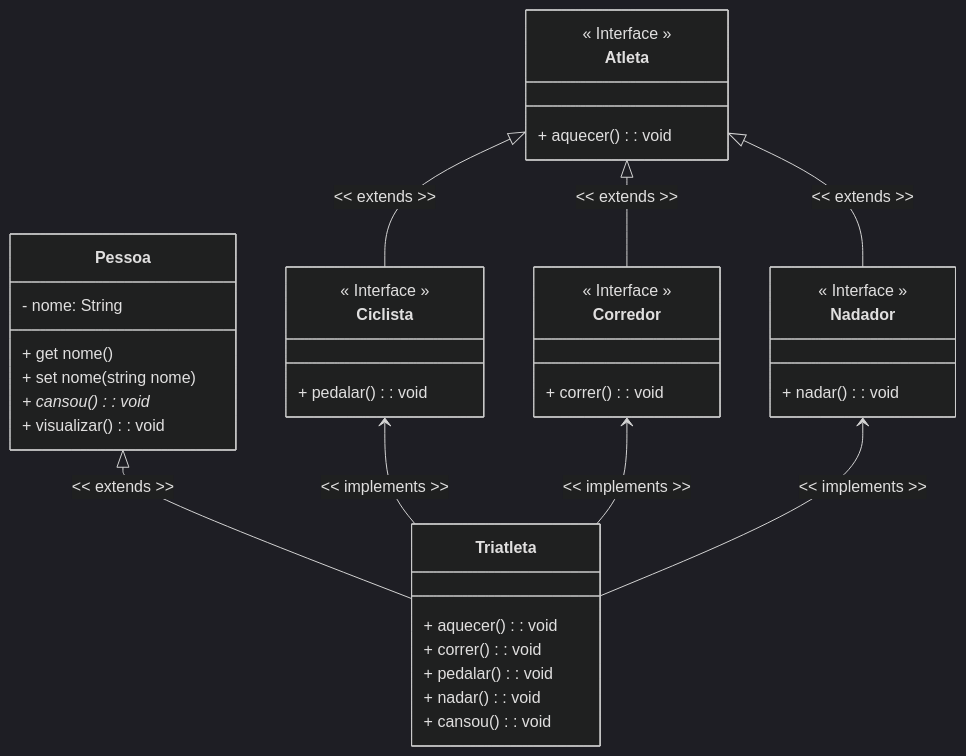
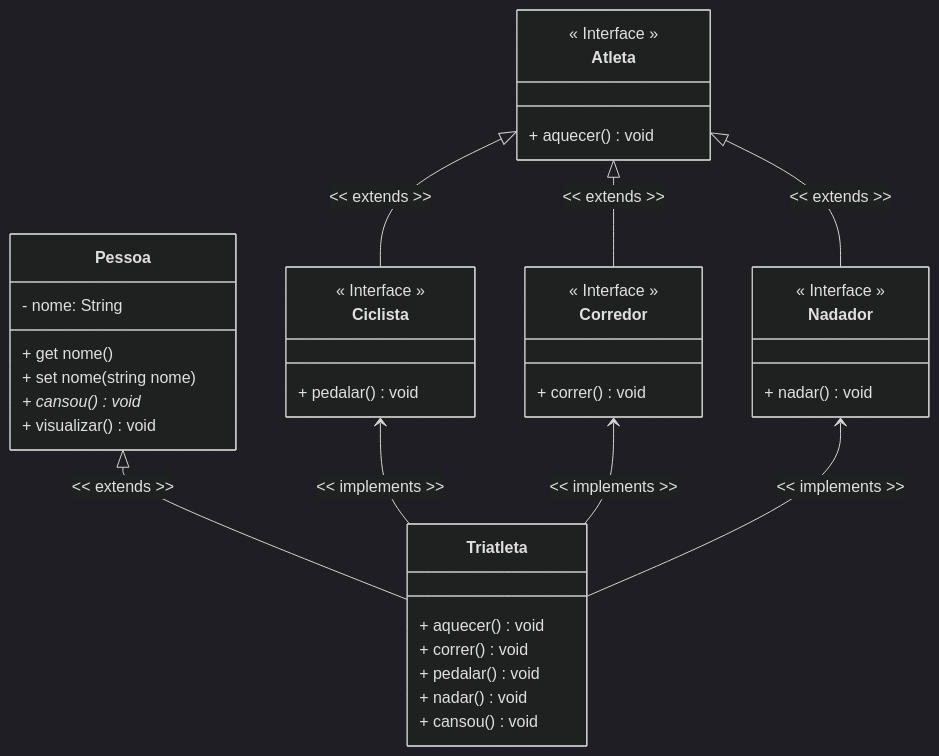
One commit to conteudoGeneration/cookbook_javascript changed the third of 3 diagrams in 01_javascript/18.md. Above: the diagram before and after it, drawn with Mermaid (dark theme). The commit also changed other lines of this file, not shown here.

````diff
--- a/01_javascript/18.md
+++ b/01_javascript/18.md
@@ -90,40 +90,40 @@
 ```mermaid
 classDiagram
 class Pessoa {
 - nome: String
 + get nome()
 + set nome(string nome)
-+ cansou(): void*
-+ visualizar(): void
++ cansou() void*
++ visualizar() void
 }
 class Triatleta {
-+ aquecer(): void
-+ correr(): void
-+ pedalar(): void
-+ nadar(): void
-+ cansou(): void
++ aquecer() void
++ correr() void
++ pedalar() void
++ nadar() void
++ cansou() void
 }
 class Atleta {
 << Interface >>
-+ aquecer(): void
++ aquecer() void
 }
 class Ciclista {
 << Interface >>
-+ pedalar(): void
++ pedalar() void
 }
 class Corredor {
 << Interface >>
-+ correr(): void
++ correr() void
 }
 class Nadador {
 << Interface >>
-+ nadar(): void
++ nadar() void
 }
 Pessoa <|-- Triatleta: << extends >>
 Atleta <|-- Ciclista: << extends >>
 Atleta <|-- Corredor: << extends >>
 Atleta <|-- Nadador: << extends >>
 Ciclista <-- Triatleta: << implements >>
 Corredor <-- Triatleta: << implements >>
 Nadador <-- Triatleta: << implements >>
 ```
````
